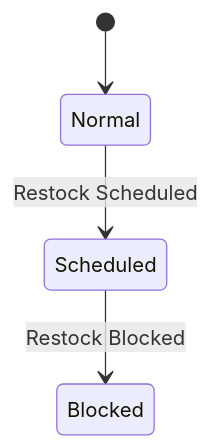
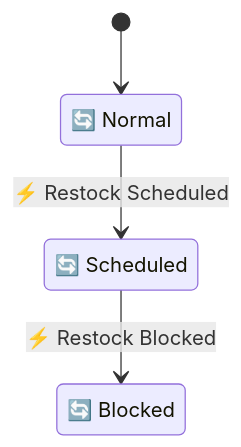
One commit to manji-0/rdra-ish-dsl changed the fourth of 4 diagrams in samples/incremental-order/step-5-lifecycle/design.md. Above: the diagram before and after it, drawn with Mermaid. The commit also changed other lines of this file and 114 other files, not shown here.

Commit message:
feat: update rdra diagram layering

````diff
--- a/samples/incremental-order/step-5-lifecycle/design.md
+++ b/samples/incremental-order/step-5-lifecycle/design.md
@@ -156,6 +162,9 @@
 ```mermaid
 stateDiagram-v2
   [*] --> Normal
-  Normal --> Scheduled : Restock Scheduled
-  Scheduled --> Blocked : Restock Blocked
+  state "🔄 Normal" as Normal
+  state "🔄 Scheduled" as Scheduled
+  state "🔄 Blocked" as Blocked
+  Normal --> Scheduled : ⚡ Restock Scheduled
+  Scheduled --> Blocked : ⚡ Restock Blocked
 ```
````
